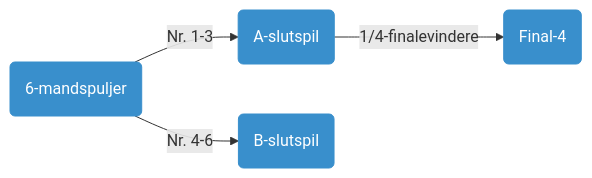
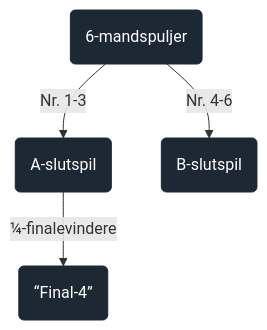
One commit to bsbenja/ping_pong_dm changed the diagram in indbydelse_tilmelding.qmd. Above: the diagram before and after it, drawn with Mermaid. The commit also changed other lines of this file and 9 other files, not shown here.

````diff
--- a/indbydelse_tilmelding.qmd
+++ b/indbydelse_tilmelding.qmd
@@ -64,12 +81,12 @@
 ```{mermaid}
-%%| fig-width: 3
-flowchart LR
+%%| fig-width: 2.5
+flowchart TD
   A(6-mandspuljer) --> |Nr. 1-3| B(A-slutspil)
   A --> |Nr. 4-6| C(B-slutspil)
-  B --> |1/4-finalevindere| D(Final-4)
+  B --> |&#x00BC-finalevindere| D(<q>Final-4</q>)
   
-  style A fill:#398FCC,stroke:#398FCC,color:#FFFFFF
-  style B fill:#398FCC,stroke:#398FCC,color:#FFFFFF
-  style C fill:#398FCC,stroke:#398FCC,color:#FFFFFF
-  style D fill:#398FCC,stroke:#398FCC,color:#FFFFFF
+  style A fill:#1C2833,stroke:#1C2833,color:#FFFFFF
+  style B fill:#1C2833,stroke:#1C2833,color:#FFFFFF
+  style C fill:#1C2833,stroke:#1C2833,color:#FFFFFF
+  style D fill:#1C2833,stroke:#1C2833,color:#FFFFFF
 ```
````
